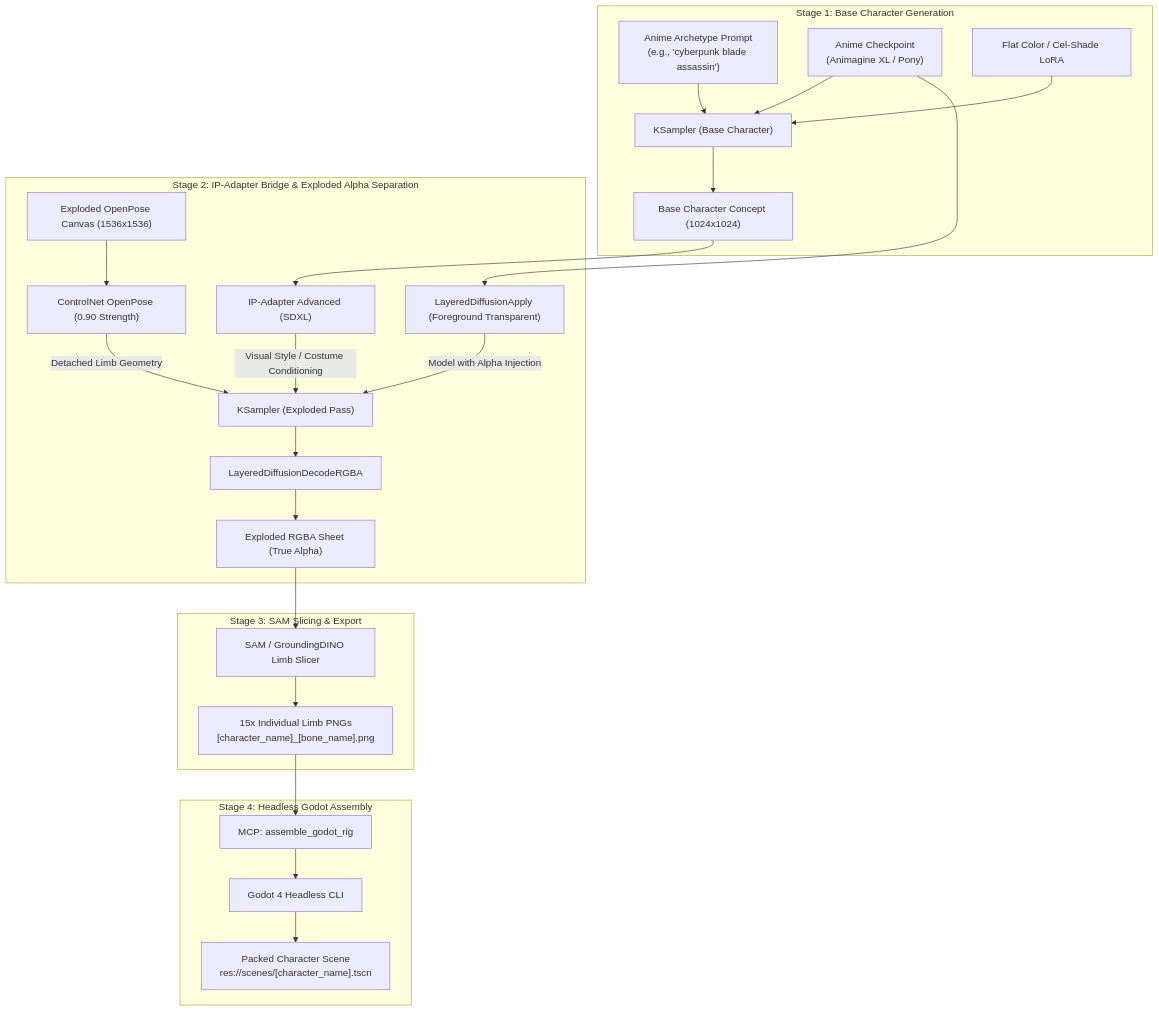
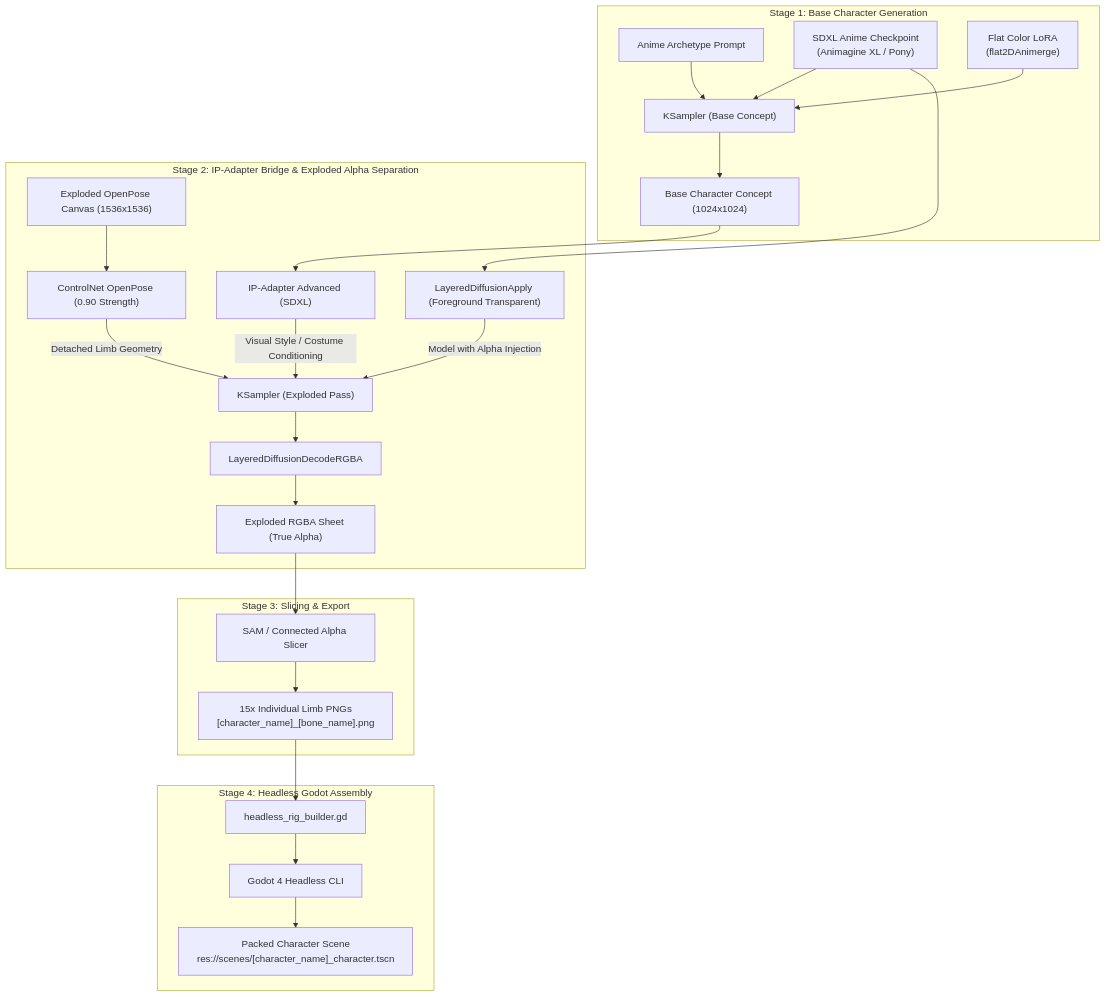
One commit to blivodev/Godot2dAutoSpriter changed the diagram in README.md. Above: the diagram before and after it, drawn with Mermaid. The commit also changed other lines of this file and 35 other files, not shown here.

Commit message:
Add standalone create_character CLI, multi-archetype support (mage, assassin, etc), and documentation

````diff
--- a/README.md
+++ b/README.md
@@ -28,34 +161,34 @@
 ```mermaid
 flowchart TD
     subgraph STAGE1["Stage 1: Base Character Generation"]
-        PROMPT["Anime Archetype Prompt<br/>(e.g., 'cyberpunk blade assassin')"] --> KAMP1["KSampler (Base Character)"]
-        CKPT["Anime Checkpoint<br/>(Animagine XL / Pony)"] --> KAMP1
-        LORA["Flat Color / Cel-Shade LoRA"] --> KAMP1
+        PROMPT["Anime Archetype Prompt"] --> KAMP1["KSampler (Base Concept)"]
+        CKPT["SDXL Anime Checkpoint<br/>(Animagine XL / Pony)"] --> KAMP1
+        LORA["Flat Color LoRA<br/>(flat2DAnimerge)"] --> KAMP1
         KAMP1 --> BASE_IMG["Base Character Concept (1024x1024)"]
     end
 
     subgraph STAGE2["Stage 2: IP-Adapter Bridge & Exploded Alpha Separation"]
         BASE_IMG --> IP_ADAPT["IP-Adapter Advanced (SDXL)"]
         IP_ADAPT -->|"Visual Style / Costume Conditioning"| KAMP2["KSampler (Exploded Pass)"]
         
         POSE_MAP["Exploded OpenPose Canvas (1536x1536)"] --> CN_OPENPOSE["ControlNet OpenPose (0.90 Strength)"]
         CN_OPENPOSE -->|"Detached Limb Geometry"| KAMP2
         
         CKPT --> LD_APPLY["LayeredDiffusionApply (Foreground Transparent)"]
         LD_APPLY -->|"Model with Alpha Injection"| KAMP2
         
         KAMP2 --> LD_DEC["LayeredDiffusionDecodeRGBA"]
         LD_DEC --> EXPLODED_IMG["Exploded RGBA Sheet (True Alpha)"]
     end
 
-    subgraph STAGE3["Stage 3: SAM Slicing & Export"]
-        EXPLODED_IMG --> SAM["SAM / GroundingDINO Limb Slicer"]
+    subgraph STAGE3["Stage 3: Slicing & Export"]
+        EXPLODED_IMG --> SAM["SAM / Connected Alpha Slicer"]
         SAM --> CROPS["15x Individual Limb PNGs<br/>[character_name]_[bone_name].png"]
     end
 
     subgraph STAGE4["Stage 4: Headless Godot Assembly"]
-        CROPS --> MCP_RIG["MCP: assemble_godot_rig"]
+        CROPS --> MCP_RIG["headless_rig_builder.gd"]
         MCP_RIG --> GODOT_CLI["Godot 4 Headless CLI"]
-        GODOT_CLI --> SCENE["Packed Character Scene<br/>res://scenes/[character_name].tscn"]
+        GODOT_CLI --> SCENE["Packed Character Scene<br/>res://scenes/[character_name]_character.tscn"]
     end
 ```
````
